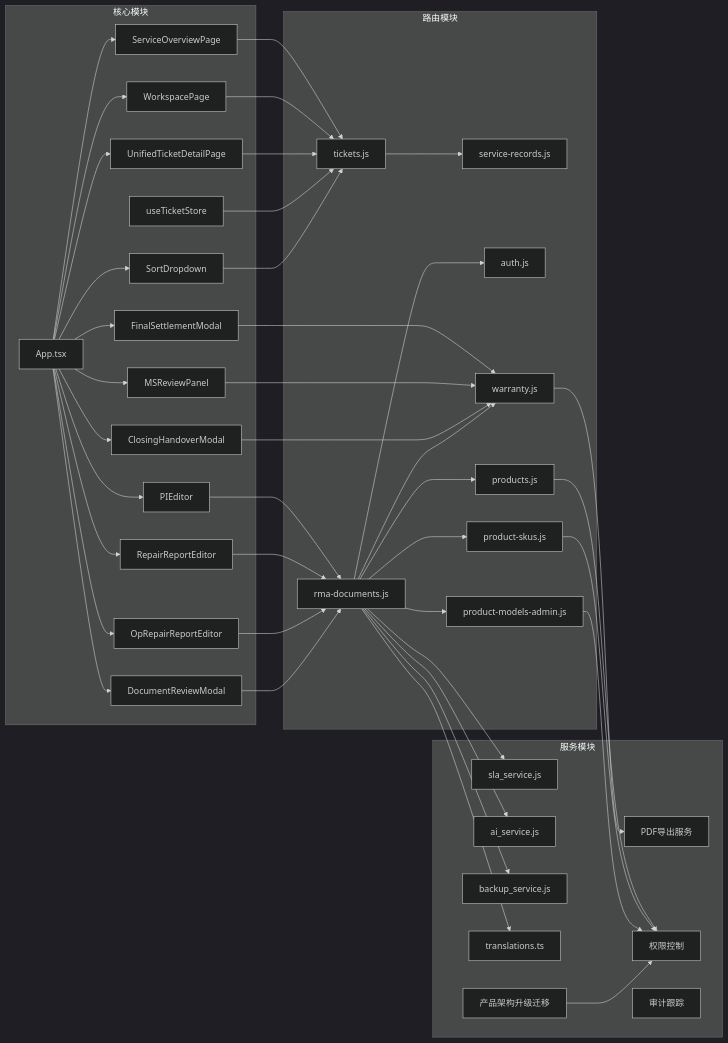
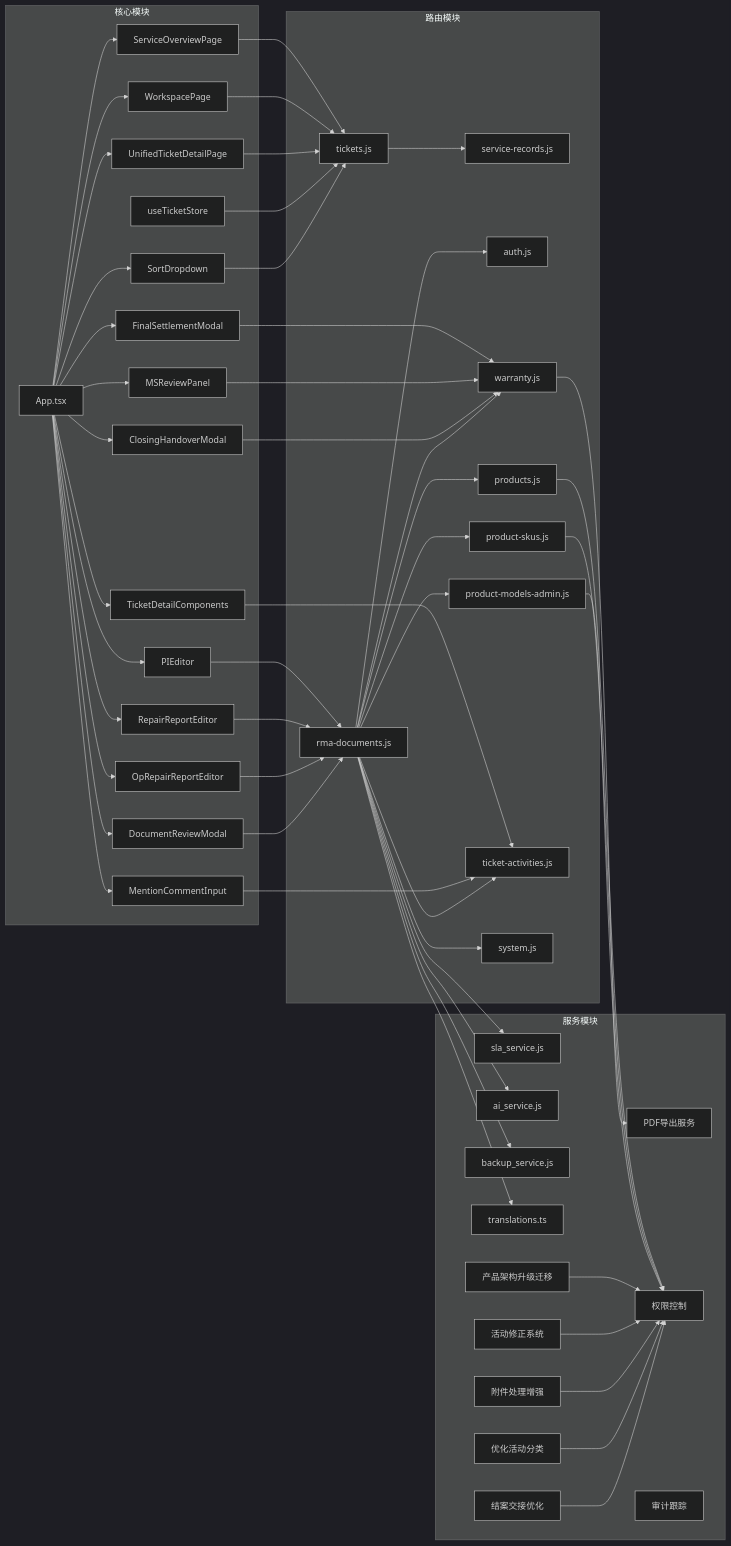
Before and after one commit to CubeEdge/Longhorn: diagram 26 of 27 in .qoder/repowiki/zh/content/前端组件架构/服务工作流增强/服务工作流增强.md, drawn with Mermaid (dark theme). The commit also changed other lines of this file and 26 other files, not shown here.

````diff
--- a/.qoder/repowiki/zh/content/前端组件架构/服务工作流增强/服务工作流增强.md
+++ b/.qoder/repowiki/zh/content/前端组件架构/服务工作流增强/服务工作流增强.md
@@ -1252,26 +1275,34 @@
 K[FinalSettlementModal]
 L[MSReviewPanel]
 M[ClosingHandoverModal]
+N[TicketDetailComponents]
+O[MentionCommentInput]
 end
 subgraph "路由模块"
-N[tickets.js]
-O[service-records.js]
-P[rma-documents.js]
-Q[auth.js]
-R[warranty.js]
-S[products.js]
-T[product-skus.js]
-U[product-models-admin.js]
+P[tickets.js]
+Q[service-records.js]
+R[rma-documents.js]
+S[auth.js]
+T[warranty.js]
+U[products.js]
+V[product-skus.js]
+W[product-models-admin.js]
+X[ticket-activities.js]
+Y[system.js]
 end
 subgraph "服务模块"
-V[sla_service.js]
-W[ai_service.js]
-X[backup_service.js]
-Y[translations.ts]
-Z[PDF导出服务]
-AA[权限控制]
-BB[审计跟踪]
-CC[产品架构升级迁移]
+Z[sla_service.js]
+AA[ai_service.js]
+BB[backup_service.js]
+CC[translations.ts]
+DD[PDF导出服务]
+EE[权限控制]
+FF[审计跟踪]
+GG[产品架构升级迁移]
+HH[活动修正系统]
+II[附件处理增强]
+JJ[优化活动分类]
+KK[结案交接优化]
 end
 A --> B
 A --> C
@@ -1284,31 +1315,41 @@
 A --> K
 A --> L
 A --> M
-B --> N
-C --> N
-D --> N
-E --> N
-F --> N
-G --> P
-H --> P
-I --> P
-J --> P
-K --> R
-L --> R
-M --> R
-N --> O
+A --> N
+A --> O
+B --> P
+C --> P
+D --> P
+E --> P
+F --> P
+G --> R
+H --> R
+I --> R
+J --> R
+K --> T
+L --> T
+M --> T
+N --> X
+O --> X
 P --> Q
-P --> R
-P --> S
-P --> T
-P --> U
-P --> V
-P --> W
-P --> X
-P --> Y
+R --> S
+R --> T
+R --> U
+R --> V
+R --> W
+R --> X
+R --> Y
 R --> Z
-S --> AA
-T --> AA
-U --> AA
-CC --> AA
+R --> AA
+R --> BB
+R --> CC
+T --> DD
+U --> EE
+V --> EE
+W --> EE
+GG --> EE
+HH --> EE
+II --> EE
+JJ --> EE
+KK --> EE
 ```
````
